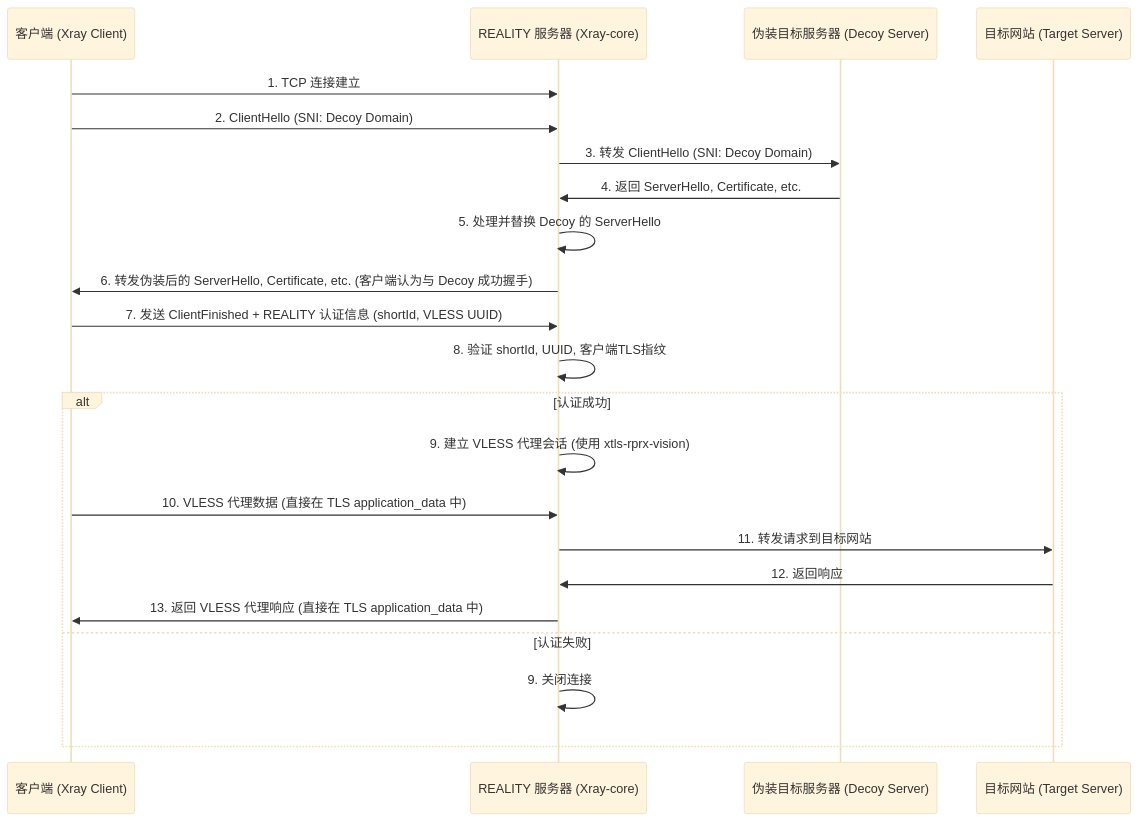
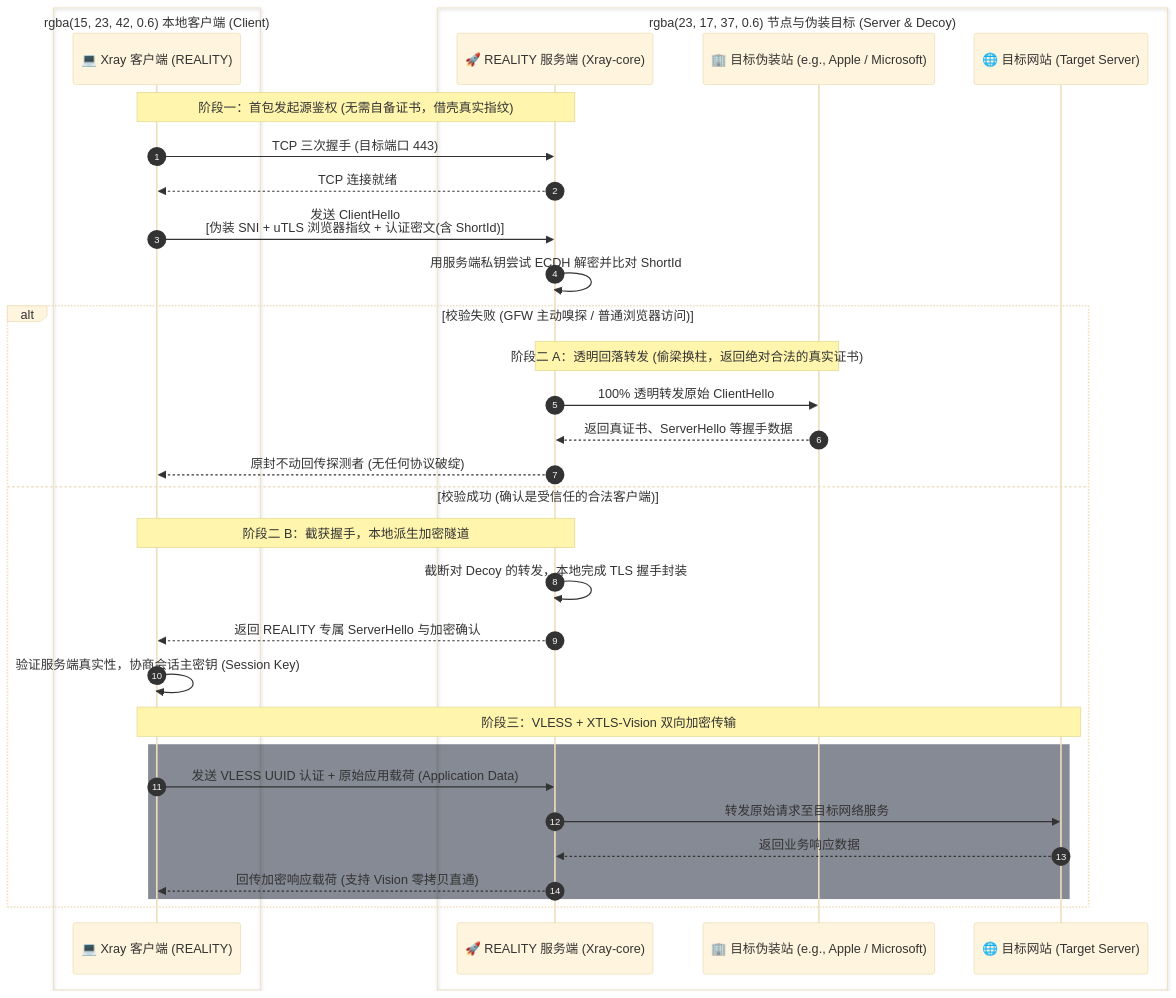
One commit to teatang/t-blog changed the diagram in source/_posts/2023/2023-10-26_REALITY 协议详解.md. Above: the diagram before and after it, drawn with Mermaid (base theme). The commit also changed 11 other files, not shown here.

```diff
--- a/source/_posts/2023/2023-10-26_REALITY 协议详解.md
+++ b/source/_posts/2023/2023-10-26_REALITY 协议详解.md
@@ -74,25 +74,43 @@
 {% mermaid %}
 sequenceDiagram
-    participant client as 客户端 (Xray Client)
-    participant reality_server as REALITY 服务器 (Xray-core)
-    participant decoy_server as 伪装目标服务器 (Decoy Server)
-    participant target_server as 目标网站 (Target Server)
+    autonumber
 
-    client->>reality_server: 1. TCP 连接建立
-    client->>reality_server: 2. ClientHello (SNI: Decoy Domain)
-    reality_server->>decoy_server: 3. 转发 ClientHello (SNI: Decoy Domain)
-    decoy_server->>reality_server: 4. 返回 ServerHello, Certificate, etc.
-    reality_server->>reality_server: 5. 处理并替换 Decoy 的 ServerHello
-    reality_server->>client: 6. 转发伪装后的 ServerHello, Certificate, etc. (客户端认为与 Decoy 成功握手)
-    client->>reality_server: 7. 发送 ClientFinished + REALITY 认证信息 (shortId, VLESS UUID)
-    reality_server->>reality_server: 8. 验证 shortId, UUID, 客户端TLS指纹
-    alt 认证成功
-        reality_server->>reality_server: 9. 建立 VLESS 代理会话 (使用 xtls-rprx-vision)
-        client->>reality_server: 10. VLESS 代理数据 (直接在 TLS application_data 中)
-        reality_server->>target_server: 11. 转发请求到目标网站
-        target_server->>reality_server: 12. 返回响应
-        reality_server->>client: 13. 返回 VLESS 代理响应 (直接在 TLS application_data 中)
-    else 认证失败
-        reality_server->>reality_server: 9. 关闭连接
+    box rgba(15, 23, 42, 0.6) 本地客户端 (Client)
+        participant Client as 💻 Xray 客户端 (REALITY)
+    end
+
+    box rgba(23, 17, 37, 0.6) 节点与伪装目标 (Server & Decoy)
+        participant Server as 🚀 REALITY 服务端 (Xray-core)
+        participant Decoy as 🏢 目标伪装站 (e.g., Apple / Microsoft)
+        participant Target as 🌐 目标网站 (Target Server)
+    end
+
+    %% 阶段 1: 特殊 ClientHello 与透明分流
+    Note over Client,Server: 阶段一：首包发起源鉴权 (无需自备证书，借壳真实指纹)
+    Client->>Server: TCP 三次握手 (目标端口 443)
+    Server-->>Client: TCP 连接就绪
+
+    Client->>Server: 发送 ClientHello<br/>[伪装 SNI + uTLS 浏览器指纹 + 认证密文(含 ShortId)]
+    Server->>Server: 用服务端私钥尝试 ECDH 解密并比对 ShortId
+
+    alt 校验失败 (GFW 主动嗅探 / 普通浏览器访问)
+        Note over Server,Decoy: 阶段二 A：透明回落转发 (偷梁换柱，返回绝对合法的真实证书)
+        Server->>Decoy: 100% 透明转发原始 ClientHello
+        Decoy-->>Server: 返回真证书、ServerHello 等握手数据
+        Server-->>Client: 原封不动回传探测者 (无任何协议破绽)
+    else 校验成功 (确认是受信任的合法客户端)
+        Note over Client,Server: 阶段二 B：截获握手，本地派生加密隧道
+        Server->>Server: 截断对 Decoy 的转发，本地完成 TLS 握手封装
+        Server-->>Client: 返回 REALITY 专属 ServerHello 与加密确认
+        Client->>Client: 验证服务端真实性，协商会话主密钥 (Session Key)
+
+        %% 阶段 3: 建立 VLESS 代理会话与数据中继
+        Note over Client,Target: 阶段三：VLESS + XTLS-Vision 双向加密传输
+        rect rgba(15, 23, 42, 0.5)
+            Client->>Server: 发送 VLESS UUID 认证 + 原始应用载荷 (Application Data)
+            Server->>Target: 转发原始请求至目标网络服务
+            Target-->>Server: 返回业务响应数据
+            Server-->>Client: 回传加密响应载荷 (支持 Vision 零拷贝直通)
+        end
     end
 {% endmermaid %}
```
